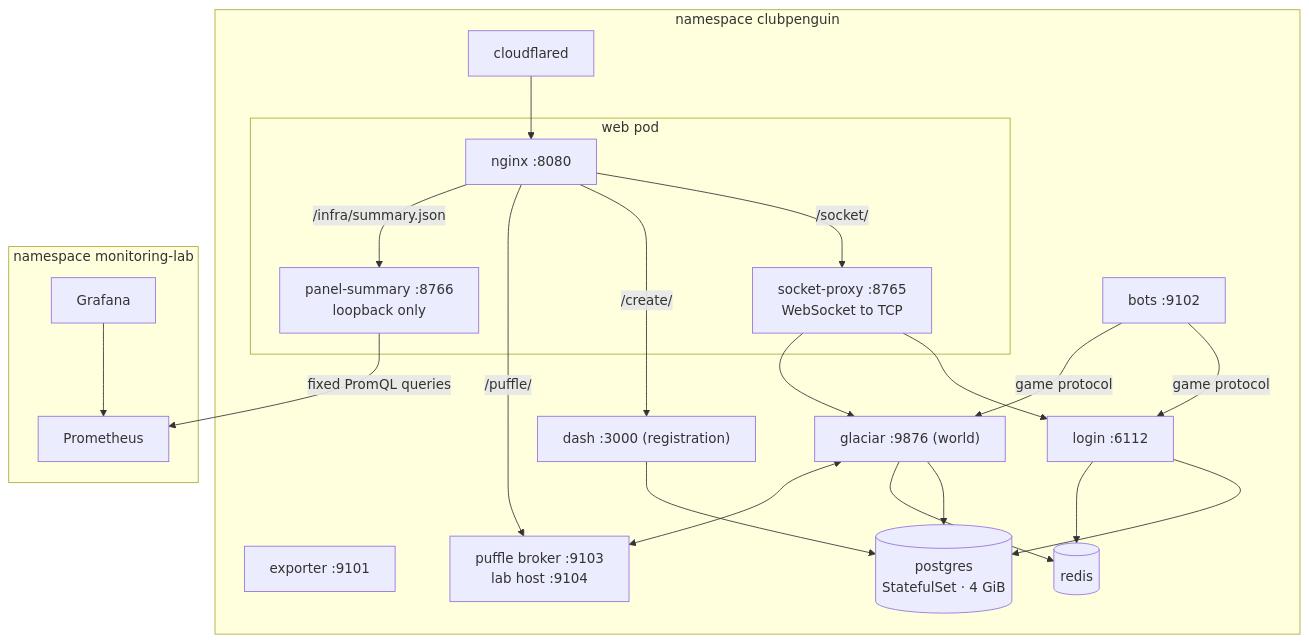
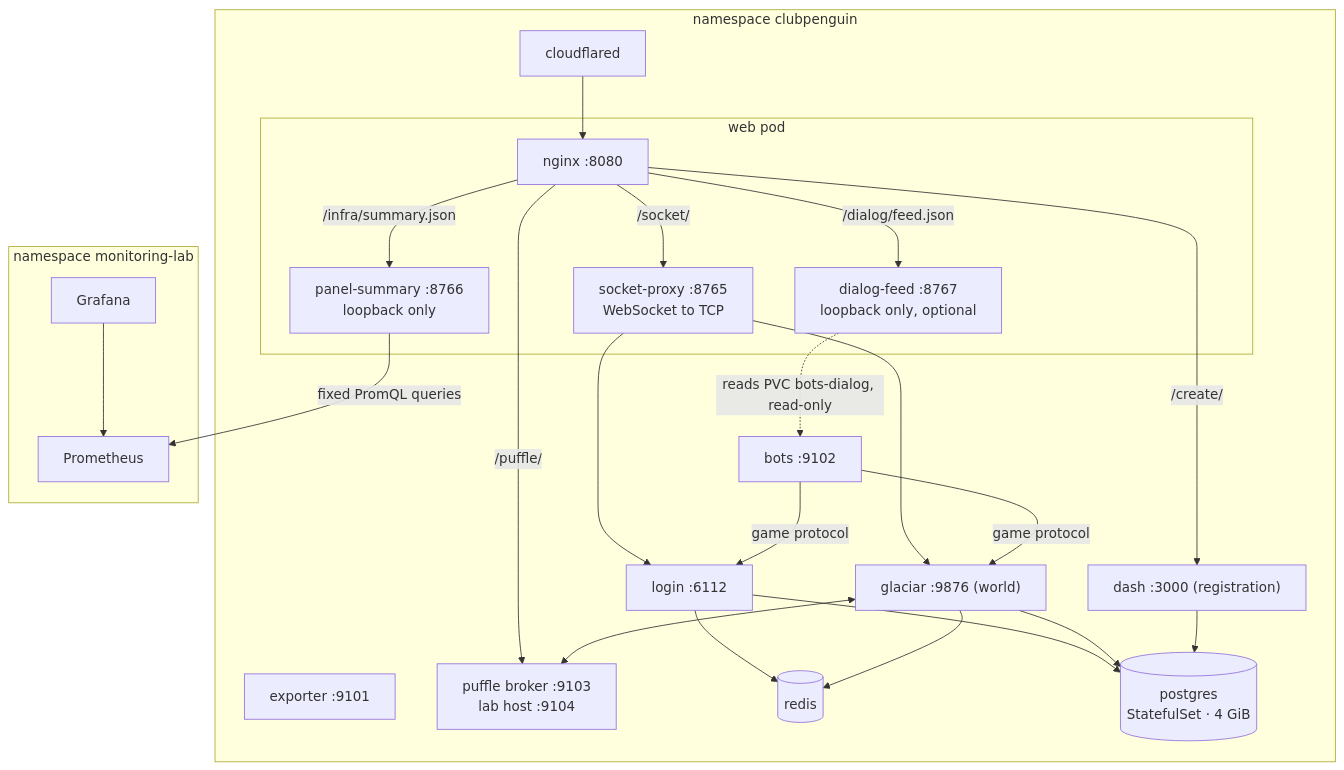
Before and after one commit to AlejoReyna/ClubPenguinFork: the second of 2 diagrams in docs/architecture.md, drawn with Mermaid. The commit also changed other lines of this file and 15 other files, not shown here.

````diff
--- a/docs/architecture.md
+++ b/docs/architecture.md
@@ -45,40 +45,43 @@
 ```mermaid
 flowchart TB
   subgraph Game["namespace clubpenguin"]
     subgraph WebPod["web pod"]
       Nginx["nginx :8080"]
       Proxy["socket-proxy :8765<br/>WebSocket to TCP"]
       Panel["panel-summary :8766<br/>loopback only"]
+      Feed["dialog-feed :8767<br/>loopback only, optional"]
     end
     Login["login :6112"]
     World["glaciar :9876 (world)"]
     Dash["dash :3000 (registration)"]
     Exporter["exporter :9101"]
     Puffle["puffle broker :9103<br/>lab host :9104"]
     Bots["bots :9102"]
     Redis[("redis")]
     PG[("postgres<br/>StatefulSet · 4 GiB")]
     CFD["cloudflared"]
   end
   subgraph Mon["namespace monitoring-lab"]
     Prom["Prometheus"]
     Graf["Grafana"]
   end
   CFD --> Nginx
   Nginx -->|/socket/| Proxy
   Nginx -->|/create/| Dash
   Nginx -->|/puffle/| Puffle
   Nginx -->|/infra/summary.json| Panel
+  Nginx -->|/dialog/feed.json| Feed
+  Feed -.->|reads PVC bots-dialog, read-only| Bots
   Proxy --> Login
   Proxy --> World
   Login --> PG
   World --> PG
   Dash --> PG
   Login --> Redis
   World --> Redis
   World <--> Puffle
   Bots -->|game protocol| Login
   Bots -->|game protocol| World
   Panel -->|fixed PromQL queries| Prom
   Graf --> Prom
 ```
````
